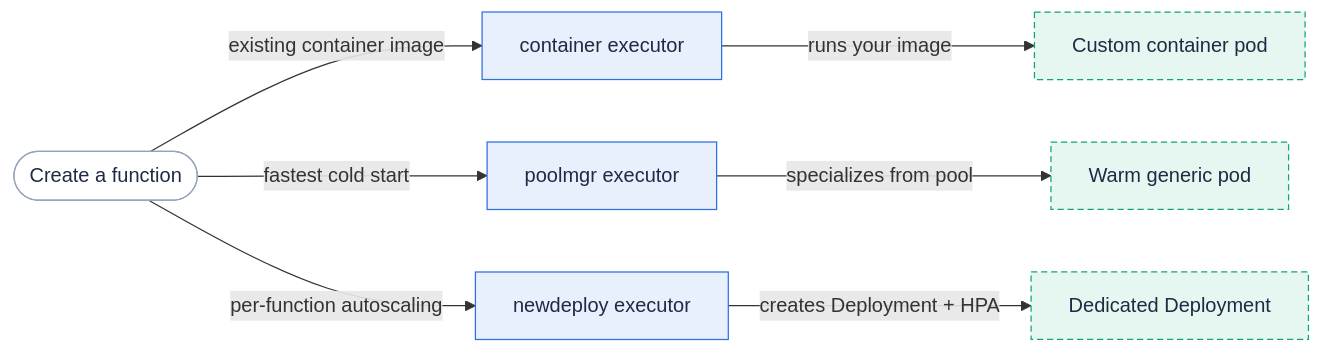
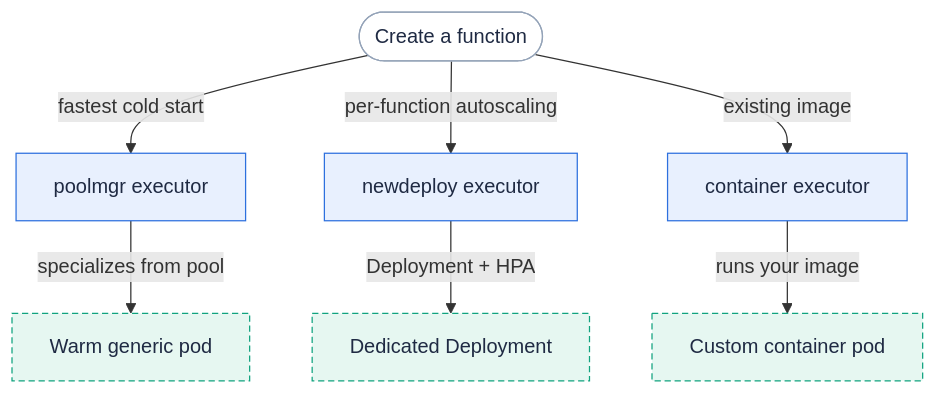
Before and after one commit to fission/fission.io: the diagram in content/en/docs/usage/function/executor.en.md, drawn with Mermaid. The commit also changed 23 other files, not shown here.

First line of the commit message:
Make diagrams readable inline: compact TB layouts, bold crimson step numbers

````diff
--- a/content/en/docs/usage/function/executor.en.md
+++ b/content/en/docs/usage/function/executor.en.md
@@ -18,12 +18,12 @@
 ```mermaid
-flowchart LR
-  start(["Create a function"]):::user -->|"existing container image"| container["container executor"]:::fission
-  start -->|"fastest cold start"| poolmgr["poolmgr executor"]:::fission
+flowchart TB
+  start(["Create a function"]):::user -->|"fastest cold start"| poolmgr["poolmgr executor"]:::fission
   start -->|"per-function autoscaling"| newdeploy["newdeploy executor"]:::fission
+  start -->|"existing image"| container["container executor"]:::fission
   poolmgr -->|"specializes from pool"| warm["Warm generic pod"]:::pod
-  newdeploy -->|"creates Deployment + HPA"| deploy["Dedicated Deployment"]:::pod
+  newdeploy -->|"Deployment + HPA"| deploy["Dedicated Deployment"]:::pod
   container -->|"runs your image"| img["Custom container pod"]:::pod
   classDef user fill:#ffffff,stroke:#94a3b8,color:#1f2a43
   classDef fission fill:#e8f0fe,stroke:#2d70de,color:#1f2a43
   classDef pod fill:#e6f7f1,stroke:#11a37f,color:#1f2a43,stroke-dasharray:5 3
 ```
````
